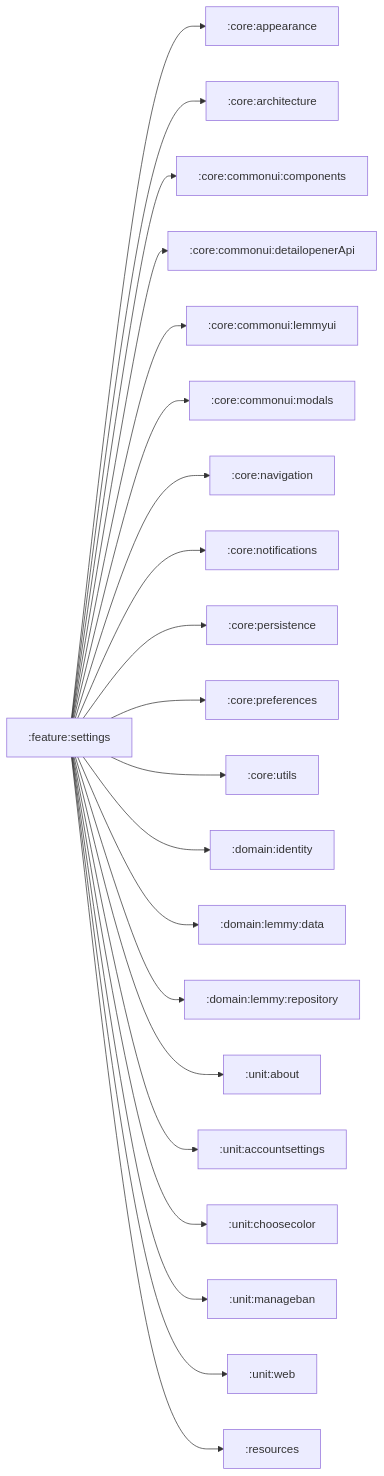
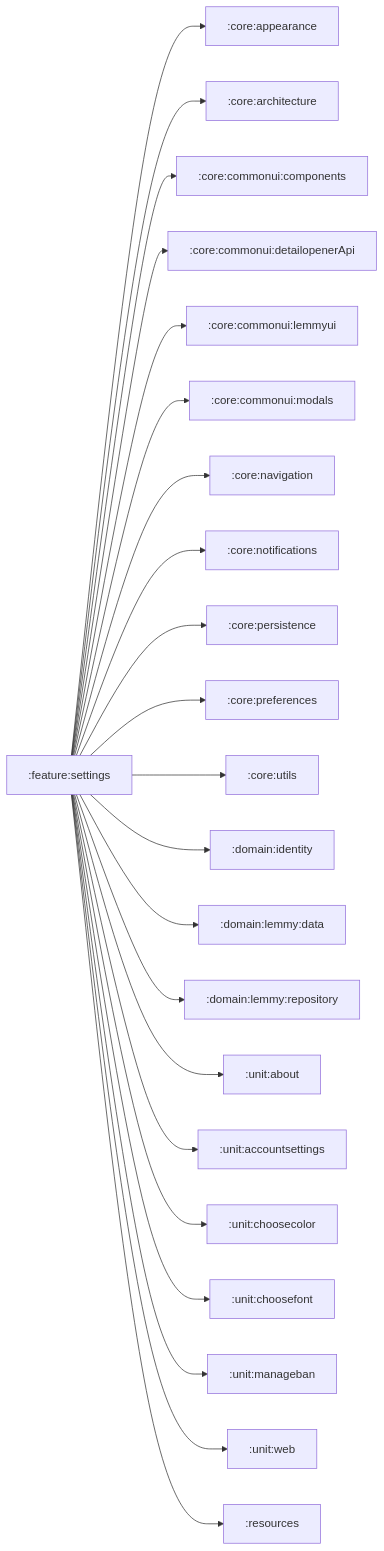
One commit to LiveFastEatTrashRaccoon/RaccoonForLemmy changed the seventh of 58 diagrams in MODULE_DIAGRAMS.md. Above: the diagram before and after it, drawn with Mermaid. The commit also changed other lines of this file and 6 other files, not shown here.

````diff
--- a/MODULE_DIAGRAMS.md
+++ b/MODULE_DIAGRAMS.md
@@ -168,23 +168,24 @@
 ```mermaid
 flowchart LR
     :feature:settings --> :core:appearance
     :feature:settings --> :core:architecture
     :feature:settings --> :core:commonui:components
     :feature:settings --> :core:commonui:detailopenerApi
     :feature:settings --> :core:commonui:lemmyui
     :feature:settings --> :core:commonui:modals
     :feature:settings --> :core:navigation
     :feature:settings --> :core:notifications
     :feature:settings --> :core:persistence
     :feature:settings --> :core:preferences
     :feature:settings --> :core:utils
     :feature:settings --> :domain:identity
     :feature:settings --> :domain:lemmy:data
     :feature:settings --> :domain:lemmy:repository
     :feature:settings --> :unit:about
     :feature:settings --> :unit:accountsettings
     :feature:settings --> :unit:choosecolor
+    :feature:settings --> :unit:choosefont
     :feature:settings --> :unit:manageban
     :feature:settings --> :unit:web
     :feature:settings --> :resources
 ```
````
